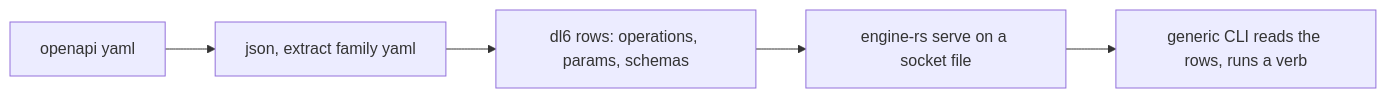
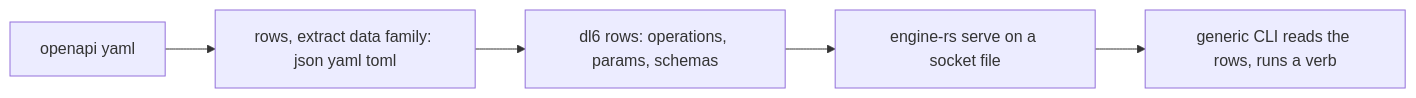
One commit to hafley66/sprefa changed the first of 5 diagrams in plans/2026-08-17-openapi-clap-uds.PLAN.visual.human.unga.md. Above: the diagram before and after it, drawn with Mermaid. The commit also changed other lines of this file and 1 other file, not shown here.

Commit message:
plan: data family (json/yaml/toml) in sprefa-extract, v5 datapath plane, hosted both doors

````diff
--- a/plans/2026-08-17-openapi-clap-uds.PLAN.visual.human.unga.md
+++ b/plans/2026-08-17-openapi-clap-uds.PLAN.visual.human.unga.md
@@ -14,7 +14,7 @@
 ```mermaid
 flowchart LR
-  Y[openapi yaml] --> J[json, extract family yaml]
+  Y[openapi yaml] --> J[rows, extract data family: json yaml toml]
   J --> R[dl6 rows: operations, params, schemas]
   R --> S[engine-rs serve on a socket file]
   S --> C[generic CLI reads the rows, runs a verb]
 ```
````
